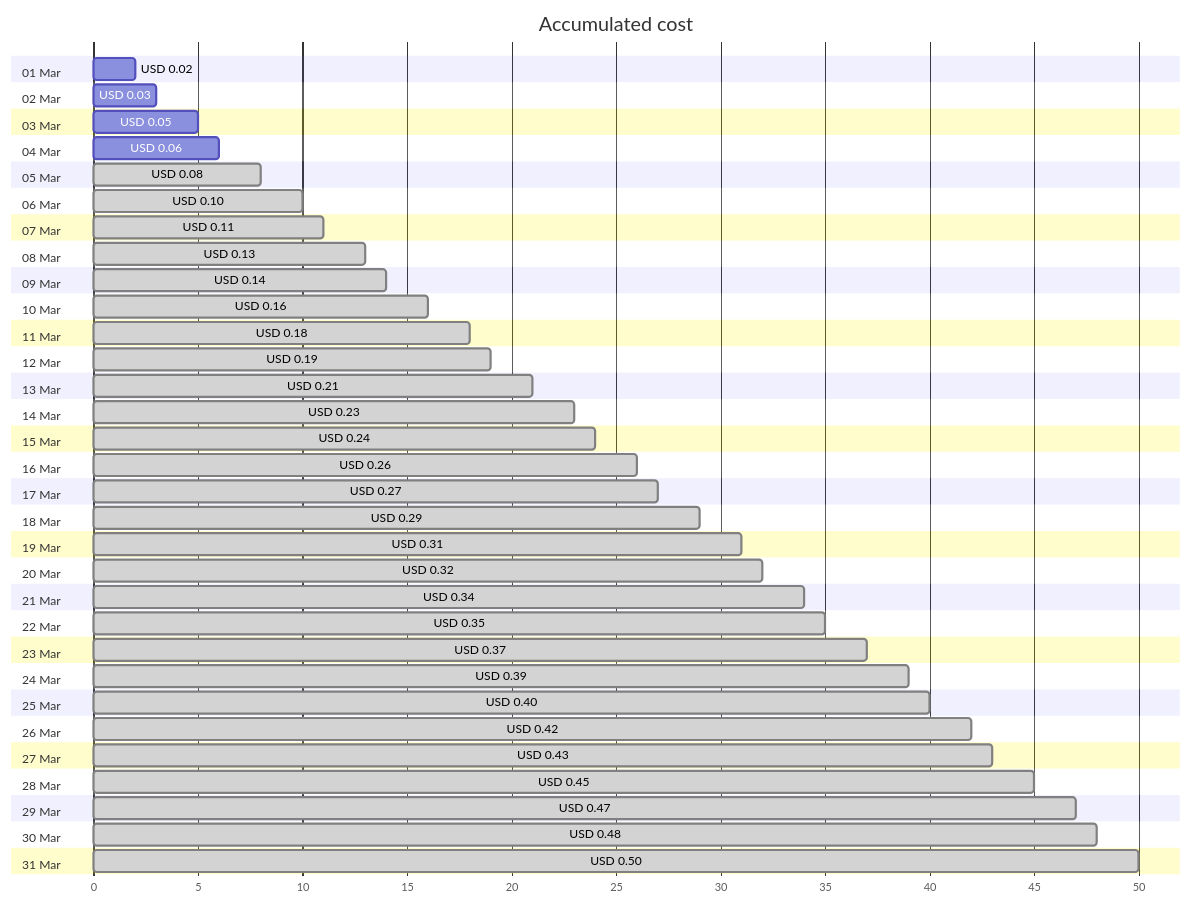
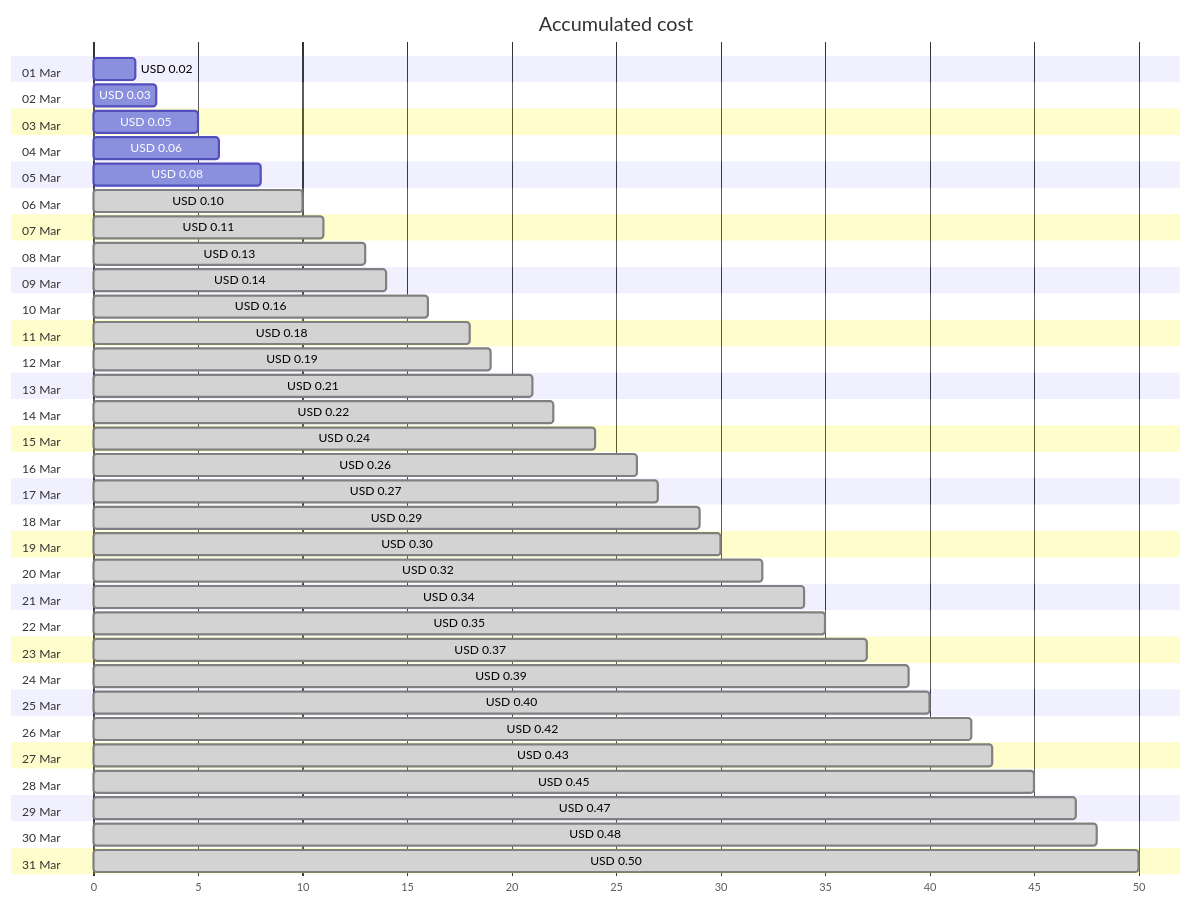
Before and after one commit to jpfulton/azure-personal-reports: the first of 4 diagrams in cost-reports/personal-network/private.jpatrickfulton.com.md, drawn with Mermaid. The commit also changed other lines of this file and 8 other files, not shown here.

````diff
--- a/cost-reports/personal-network/private.jpatrickfulton.com.md
+++ b/cost-reports/personal-network/private.jpatrickfulton.com.md
@@ -20,68 +20,68 @@
 ```mermaid
 gantt
    title Accumulated cost
    dateFormat  X
    axisFormat %s
    section 01 Mar
    USD 0.02 :0, 2
    section 02 Mar
    USD 0.03 :0, 3
    section 03 Mar
    USD 0.05 :0, 5
    section 04 Mar
    USD 0.06 :0, 6
    section 05 Mar
-   USD 0.08 : done, 0, 8
+   USD 0.08 :0, 8
    section 06 Mar
    USD 0.10 : done, 0, 10
    section 07 Mar
    USD 0.11 : done, 0, 11
    section 08 Mar
    USD 0.13 : done, 0, 13
    section 09 Mar
    USD 0.14 : done, 0, 14
    section 10 Mar
    USD 0.16 : done, 0, 16
    section 11 Mar
    USD 0.18 : done, 0, 18
    section 12 Mar
    USD 0.19 : done, 0, 19
    section 13 Mar
    USD 0.21 : done, 0, 21
    section 14 Mar
-   USD 0.23 : done, 0, 23
+   USD 0.22 : done, 0, 22
    section 15 Mar
    USD 0.24 : done, 0, 24
    section 16 Mar
    USD 0.26 : done, 0, 26
    section 17 Mar
    USD 0.27 : done, 0, 27
    section 18 Mar
    USD 0.29 : done, 0, 29
    section 19 Mar
-   USD 0.31 : done, 0, 31
+   USD 0.30 : done, 0, 30
    section 20 Mar
    USD 0.32 : done, 0, 32
    section 21 Mar
    USD 0.34 : done, 0, 34
    section 22 Mar
    USD 0.35 : done, 0, 35
    section 23 Mar
    USD 0.37 : done, 0, 37
    section 24 Mar
    USD 0.39 : done, 0, 39
    section 25 Mar
    USD 0.40 : done, 0, 40
    section 26 Mar
    USD 0.42 : done, 0, 42
    section 27 Mar
    USD 0.43 : done, 0, 43
    section 28 Mar
    USD 0.45 : done, 0, 45
    section 29 Mar
    USD 0.47 : done, 0, 47
    section 30 Mar
    USD 0.48 : done, 0, 48
    section 31 Mar
    USD 0.50 : done, 0, 50
 ```
````
